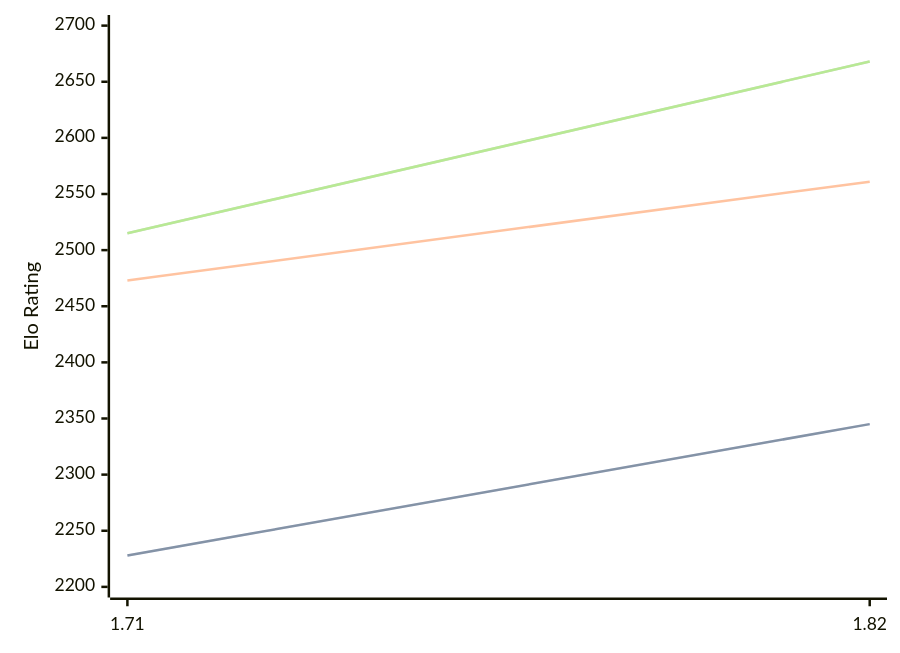
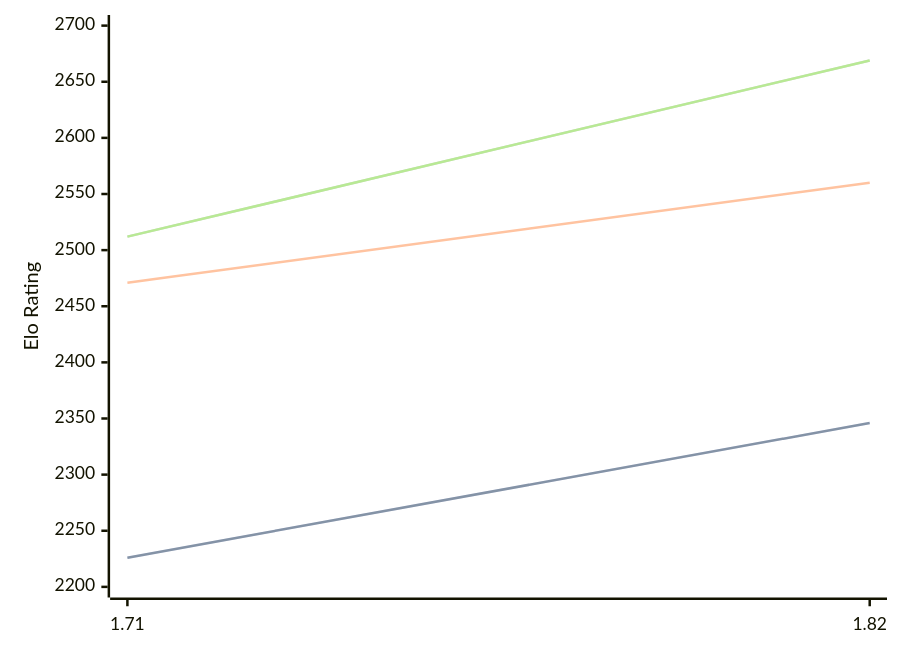
One commit to computer-chess-index/cci changed the diagram in engines/Amira.md. Above: the diagram before and after it, drawn with Mermaid. The commit also changed other lines of this file, not shown here.

Commit message:
Update CCI Ratings (ELO VLTC) - 2026-04-24

````diff
--- a/engines/Amira.md
+++ b/engines/Amira.md
@@ -35,11 +35,11 @@
 ```mermaid
 %%{init: {"theme":"base","themeVariables":{"seriesColors:['#a3a3a3','#222221','#faa371']}}}%%
 xychart-beta
   x-axis ["1.71", "1.82"]
   y-axis "Elo Rating" 2200 --> 2700
-  line "STC (8.0+0.08s)" [2228, 2345]
-  line "STC (8.0+0.08s)" [2228, 2345]
-  line "LTC (60.0+0.60s)" [2473, 2561]
-  line "VLTC (2m24s+1.12s)" [2515, 2668]
-  line "VLTC (2m24s+1.12s)" [2515, 2668]
+  line "STC (8.0+0.08s)" [2226, 2346]
+  line "STC (8.0+0.08s)" [2226, 2346]
+  line "LTC (60.0+0.60s)" [2471, 2560]
+  line "VLTC (2m24s+1.12s)" [2512, 2669]
+  line "VLTC (2m24s+1.12s)" [2512, 2669]
 ```
````
